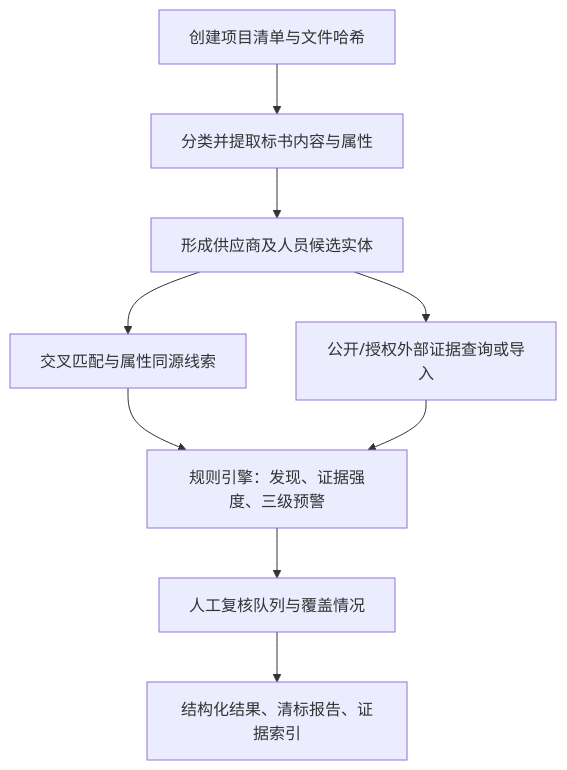
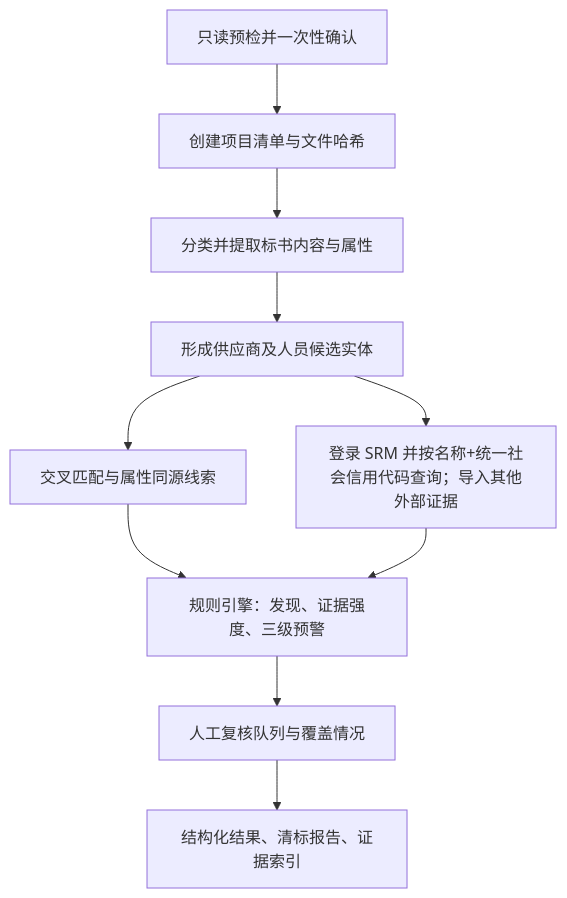
The diagram in references/workflow.md (tonyjin1206/tender-clearance), drawn with Mermaid before and after one commit. The commit also changed other lines of this file and 53 other files, not shown here.

````diff
--- a/references/workflow.md
+++ b/references/workflow.md
@@ -5,11 +5,12 @@
 ```mermaid
 flowchart TD
-    A[创建项目清单与文件哈希] --> B[分类并提取标书内容与属性]
+    P[只读预检并一次性确认] --> A[创建项目清单与文件哈希]
+    A --> B[分类并提取标书内容与属性]
     B --> C[形成供应商及人员候选实体]
     C --> D[交叉匹配与属性同源线索]
-    C --> E[公开/授权外部证据查询或导入]
+    C --> E[登录 SRM 并按名称+统一社会信用代码查询；导入其他外部证据]
     D --> F[规则引擎：发现、证据强度、三级预警]
     E --> F
     F --> G[人工复核队列与覆盖情况]
     G --> H[结构化结果、清标报告、证据索引]
 ```
````
